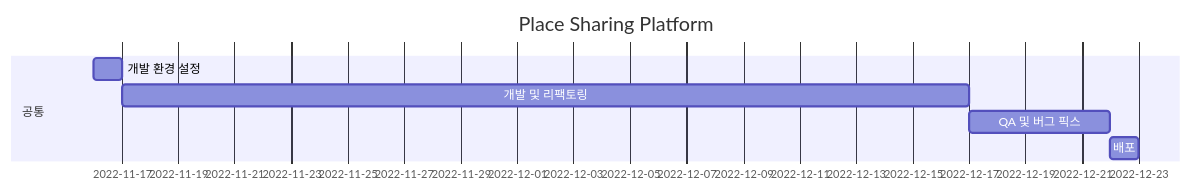
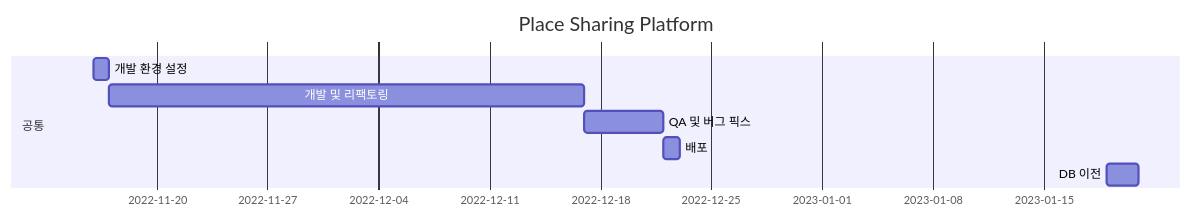
The diagram in README.md (Hell-O-Demon-World/PlaceSharingPlatformBE), drawn with Mermaid before and after one commit. The commit also changed other lines of this file, not shown here.

````diff
--- a/README.md
+++ b/README.md
@@ -77,11 +81,13 @@
 ```mermaid  
 gantt  
 	dateFormat YYYY-MM-DD  
 	title Place Sharing Platform  
   
     section 공통  
     개발 환경 설정 :chap1, 2022-11-16, 1d  
     개발 및 리팩토링 :chap2, 2022-11-17, 2022-12-17
 	QA 및 버그 픽스: chap3, 2022-12-17, 2022-12-22
 	배포: chap4, 2022-12-22, 2022-12-23
+	DB 이전 : chap5, 2023-01-19, 2023-01-21
+
 ```
````
